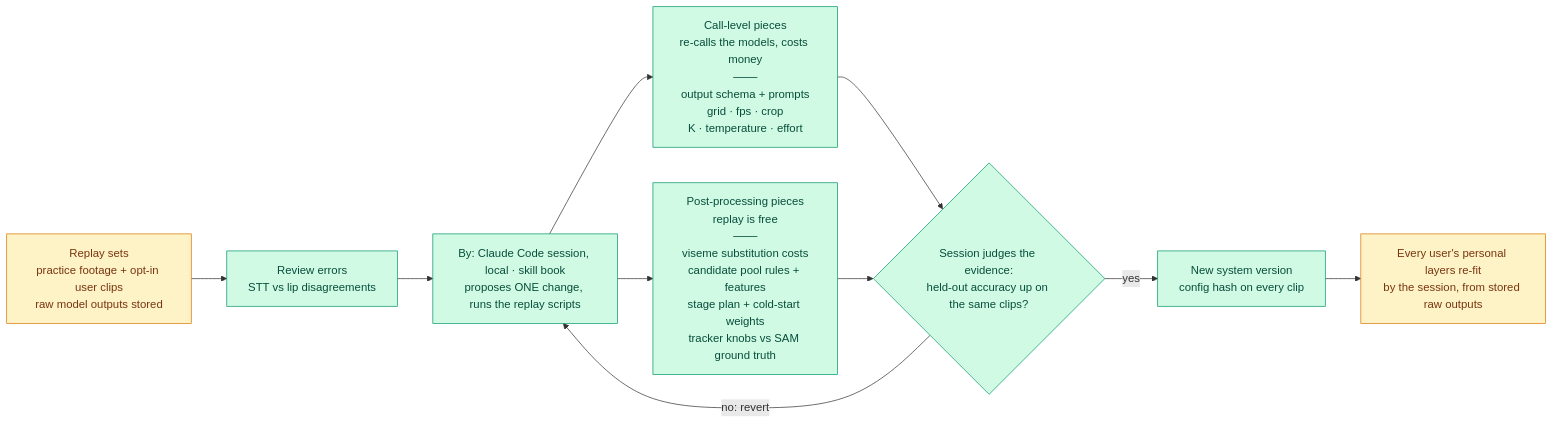
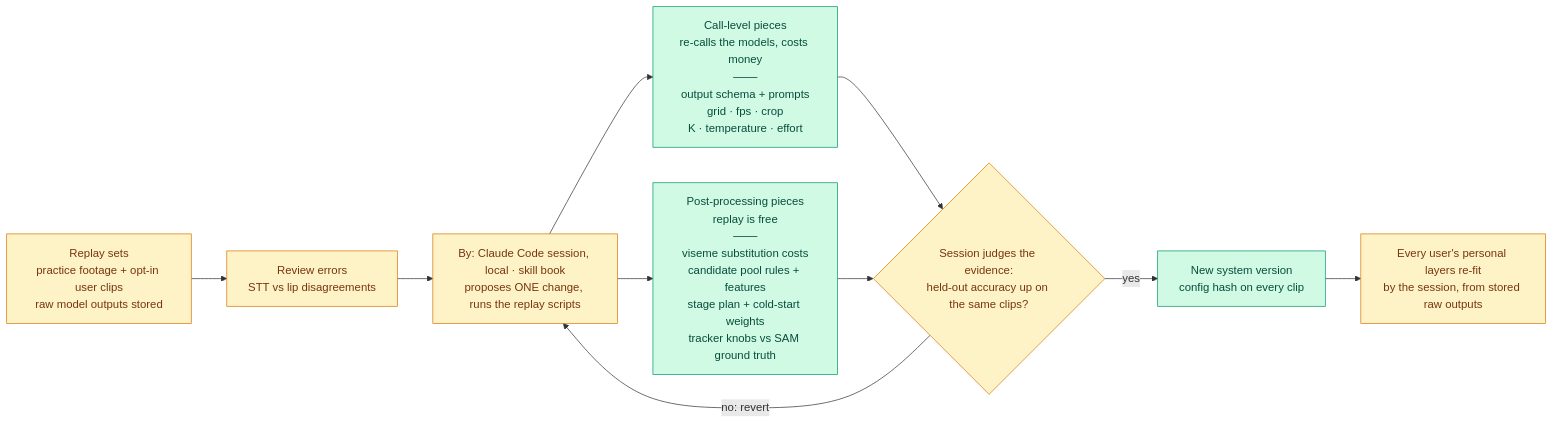
One commit to Darijan-Ducic/badge-machine changed the second of 3 diagrams in README.md. Above: the diagram before and after it, drawn with Mermaid. The commit also changed other lines of this file and 2 other files, not shown here.

Commit message:
docs: the session that iterates is building, not built; approval moves live
The skill book and the session's tools are still being written, so the System loop and Learning diagrams mark the
agent and its judgment as building. versions.py makes every candidate a version and moves `current` on the
session's judgment; the user's approval only moves `live`. README's diagram copies re-synced.

````diff
--- a/README.md
+++ b/README.md
@@ -91,23 +91,23 @@
 ```mermaid
 flowchart LR
   SETS["Replay sets<br/>practice footage + opt-in user clips<br/>raw model outputs stored"]
   ERR["Review errors<br/>STT vs lip disagreements"]
   AGENT["By: Claude Code session, local · skill book<br/>proposes ONE change, runs the replay scripts"]
   PAID["Call-level pieces<br/>re-calls the models, costs money<br/>───<br/>output schema + prompts<br/>grid · fps · crop<br/>K · temperature · effort"]
   FREE["Post-processing pieces<br/>replay is free<br/>───<br/>viseme substitution costs<br/>candidate pool rules + features<br/>stage plan + cold-start weights<br/>tracker knobs vs SAM ground truth"]
   GATE{"Session judges the evidence:<br/>held-out accuracy up on the same clips?"}
   VER["New system version<br/>config hash on every clip"]
   REFIT["Every user's personal layers re-fit<br/>by the session, from stored raw outputs"]
 
   SETS --> ERR --> AGENT
   AGENT --> PAID & FREE
   PAID & FREE --> GATE
   GATE -- yes --> VER --> REFIT
   GATE -- "no: revert" --> AGENT
 
   classDef built fill:#d1fae5,stroke:#059669,color:#064e3b
   classDef building fill:#fef3c7,stroke:#d97706,color:#78350f
   classDef planned fill:#f3f4f6,stroke:#9ca3af,color:#374151,stroke-dasharray:4 3
-  class PAID,FREE,GATE,ERR,AGENT,VER built
-  class SETS,REFIT building
+  class PAID,FREE,VER built
+  class SETS,REFIT,ERR,AGENT,GATE building
 ```
````
